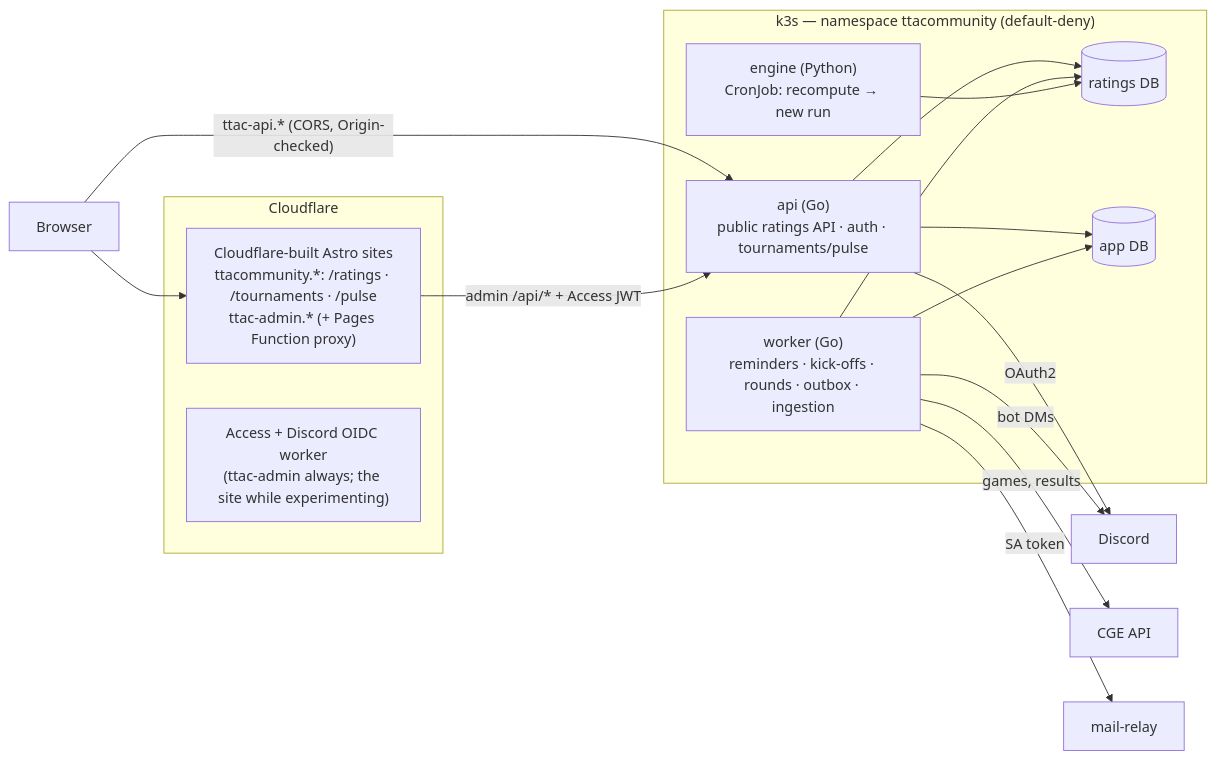
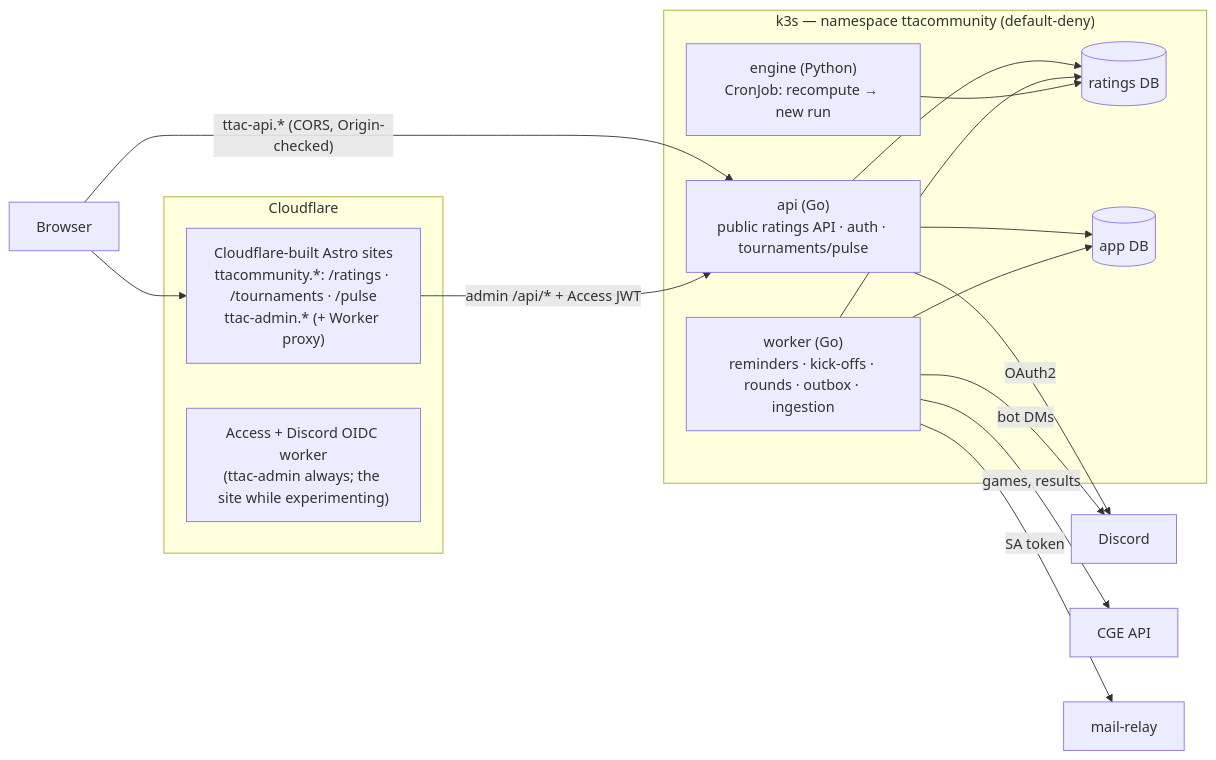
The diagram in docs/architecture.md (ttacommunity/ttacommunity), drawn with Mermaid before and after one commit. The commit also changed other lines of this file and 3 other files, not shown here.

Commit message:
Serve the site from Cloudflare Workers, not Pages

````diff
--- a/docs/architecture.md
+++ b/docs/architecture.md
@@ -7,26 +7,26 @@
 ```mermaid
 flowchart LR
     subgraph cf["Cloudflare"]
-        pages["Cloudflare-built Astro sites<br/>ttacommunity.*: /ratings · /tournaments · /pulse<br/>ttac-admin.* (+ Pages Function proxy)"]
+        pages["Cloudflare-built Astro sites<br/>ttacommunity.*: /ratings · /tournaments · /pulse<br/>ttac-admin.* (+ Worker proxy)"]
         access["Access + Discord OIDC worker<br/>(ttac-admin always; the site while experimenting)"]
     end
     subgraph cluster["k3s — namespace ttacommunity (default-deny)"]
         api["api (Go)<br/>public ratings API · auth · tournaments/pulse"]
         worker["worker (Go)<br/>reminders · kick-offs · rounds · outbox · ingestion"]
         engine["engine (Python)<br/>CronJob: recompute → new run"]
         rdb[("ratings DB")]
         adb[("app DB")]
     end
     browser["Browser"] --> pages
     browser -->|"ttac-api.* (CORS, Origin-checked)"| api
     pages -->|"admin /api/* + Access JWT"| api
     api --> rdb
     api --> adb
     worker --> adb
     worker --> rdb
     engine --> rdb
     api -->|OAuth2| discord["Discord"]
     worker -->|bot DMs| discord
     worker -->|games, results| cge["CGE API"]
     worker -->|SA token| relay["mail-relay"]
 ```
````
